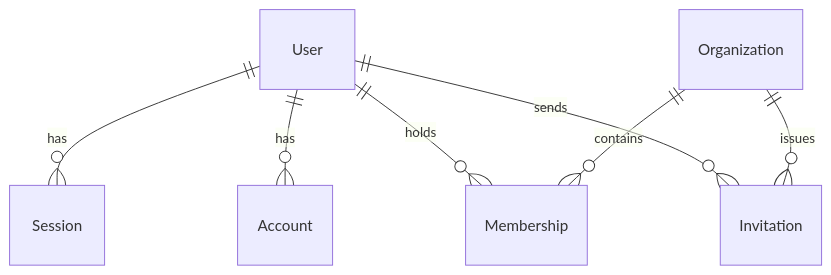
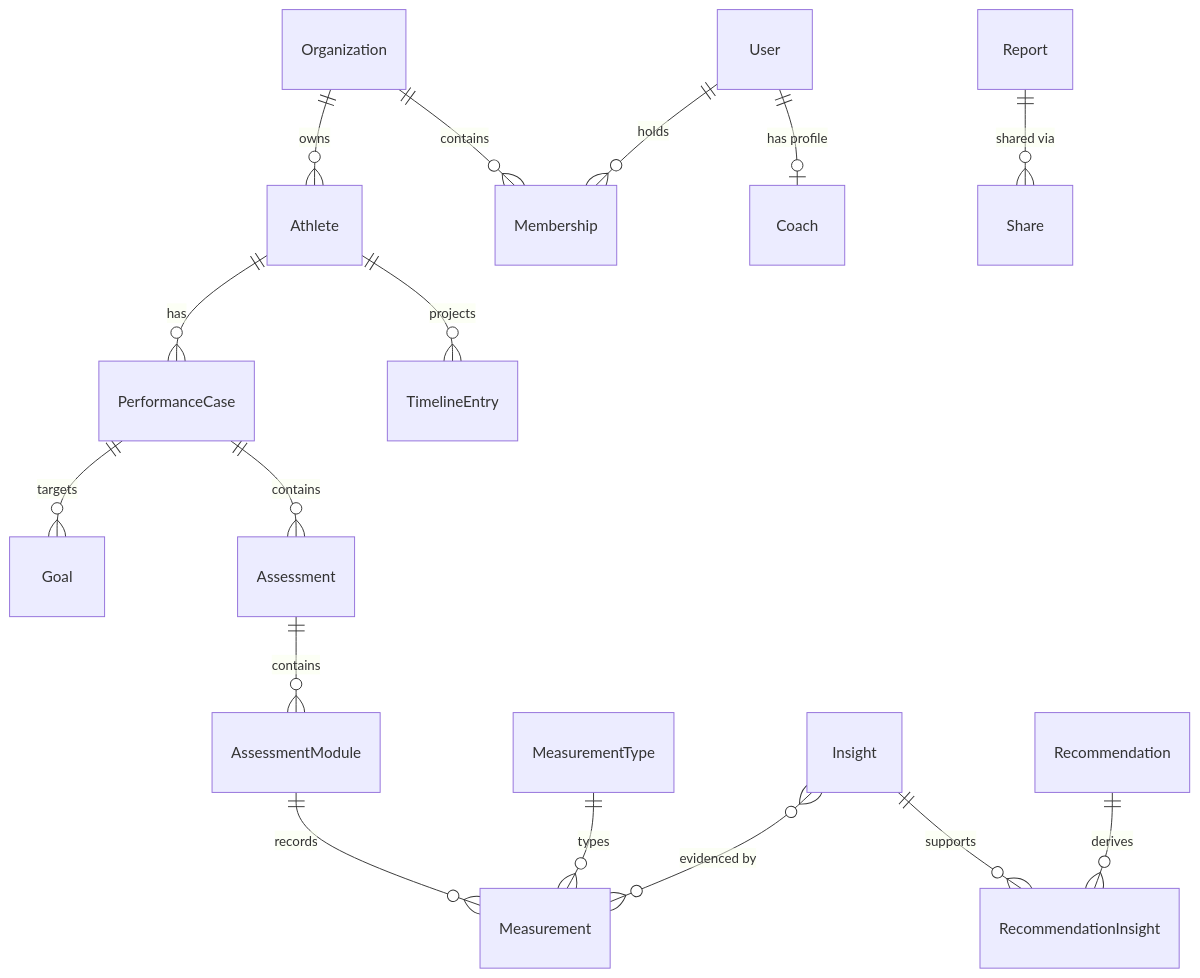
The diagram in docs/DATABASE.md (JohannaPrinz/apexPerformaceLab), drawn with Mermaid before and after one commit. The commit also changed other lines of this file and 9 other files, not shown here.

Commit message:
feat(database): add initial domain migration, complete type exports and seed coach

````diff
--- a/docs/DATABASE.md
+++ b/docs/DATABASE.md
@@ -53,9 +67,18 @@
 ```mermaid
 erDiagram
-    User ||--o{ Session : has
-    User ||--o{ Account : has
+    Organization ||--o{ Athlete : owns
+    Organization ||--o{ Membership : contains
+    User ||--o| Coach : "has profile"
     User ||--o{ Membership : holds
-    User ||--o{ Invitation : sends
-    Organization ||--o{ Membership : contains
-    Organization ||--o{ Invitation : issues
+    Athlete ||--o{ PerformanceCase : has
+    PerformanceCase ||--o{ Goal : targets
+    PerformanceCase ||--o{ Assessment : contains
+    Assessment ||--o{ AssessmentModule : contains
+    AssessmentModule ||--o{ Measurement : records
+    MeasurementType ||--o{ Measurement : types
+    Insight }o--o{ Measurement : "evidenced by"
+    Insight ||--o{ RecommendationInsight : supports
+    Recommendation ||--o{ RecommendationInsight : derives
+    Report ||--o{ Share : "shared via"
+    Athlete ||--o{ TimelineEntry : projects
 ```
````
